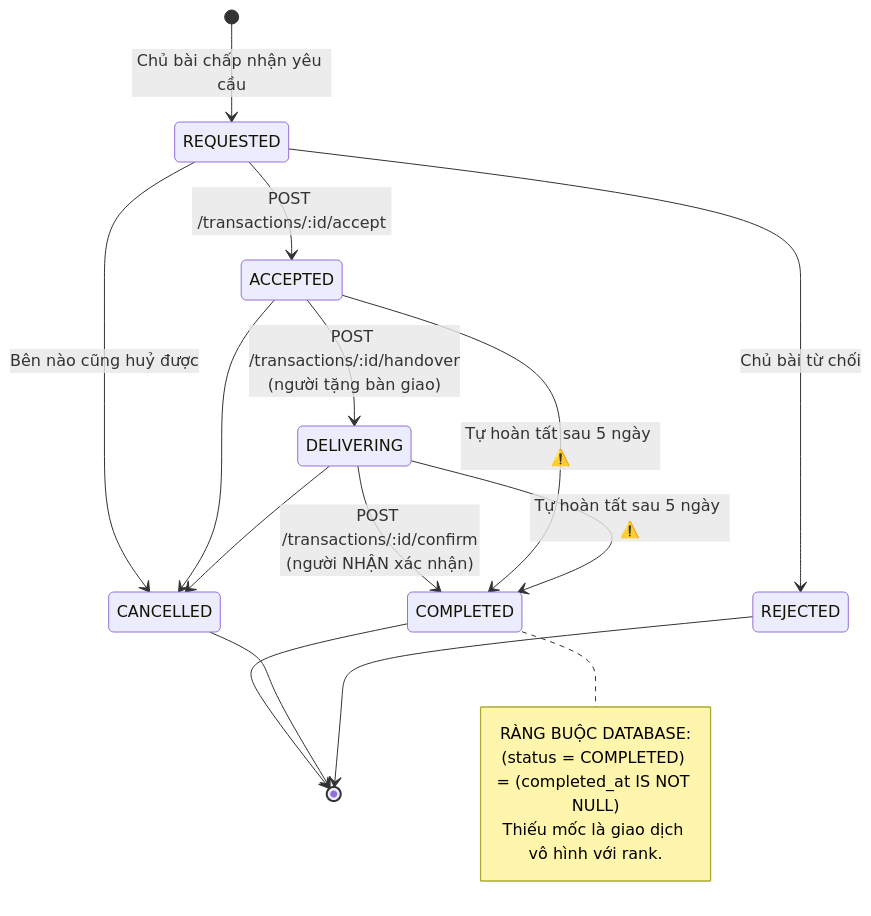
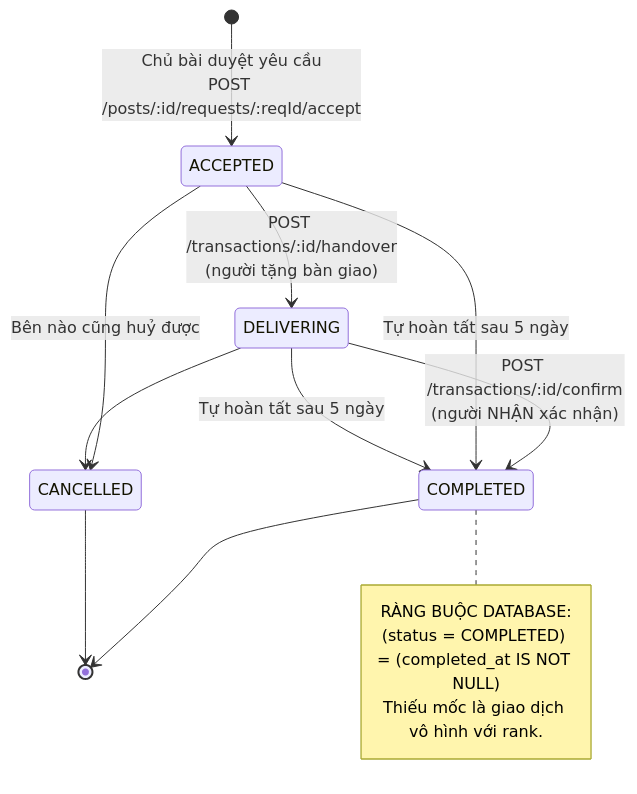
Before and after one commit to fdshn/trueheart: the first of 7 diagrams in docs/diagram/08-transaction.md, drawn with Mermaid. The commit also changed other lines of this file and 15 other files, not shown here.

First line of the commit message:
feat(transaction): báo hai bên khi lượt trao hoàn tất, gỡ cửa phụ tạo lượt trao

````diff
--- a/docs/diagram/08-transaction.md
+++ b/docs/diagram/08-transaction.md
@@ -8,25 +11,21 @@
 ```mermaid
 stateDiagram-v2
-    [*] --> REQUESTED: Chủ bài chấp nhận yêu cầu
-    REQUESTED --> ACCEPTED: POST /transactions/:id/accept
+    [*] --> ACCEPTED: Chủ bài duyệt yêu cầu<br/>POST /posts/:id/requests/:reqId/accept
     ACCEPTED --> DELIVERING: POST /transactions/:id/handover<br/>(người tặng bàn giao)
     DELIVERING --> COMPLETED: POST /transactions/:id/confirm<br/>(người NHẬN xác nhận)
 
-    ACCEPTED --> COMPLETED: Tự hoàn tất sau 5 ngày ⚠️
-    DELIVERING --> COMPLETED: Tự hoàn tất sau 5 ngày ⚠️
+    ACCEPTED --> COMPLETED: Tự hoàn tất sau 5 ngày
+    DELIVERING --> COMPLETED: Tự hoàn tất sau 5 ngày
 
-    REQUESTED --> CANCELLED: Bên nào cũng huỷ được
-    ACCEPTED --> CANCELLED
+    ACCEPTED --> CANCELLED: Bên nào cũng huỷ được
     DELIVERING --> CANCELLED
-    REQUESTED --> REJECTED: Chủ bài từ chối
 
     COMPLETED --> [*]
     CANCELLED --> [*]
-    REJECTED --> [*]
 
     note right of COMPLETED
         RÀNG BUỘC DATABASE:
         (status = COMPLETED) = (completed_at IS NOT NULL)
         Thiếu mốc là giao dịch vô hình với rank.
     end note
 ```
````
